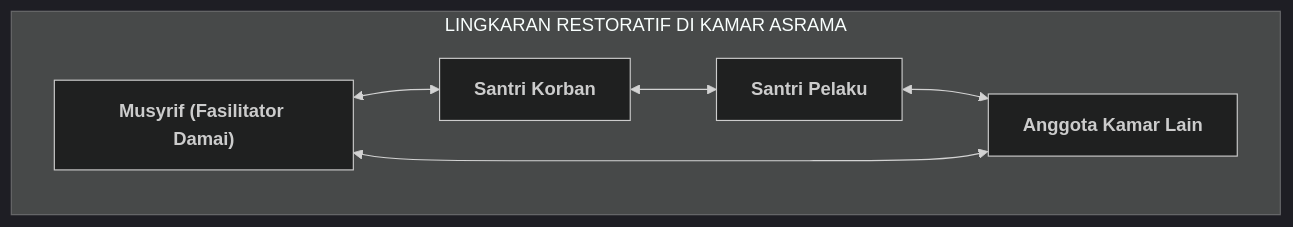
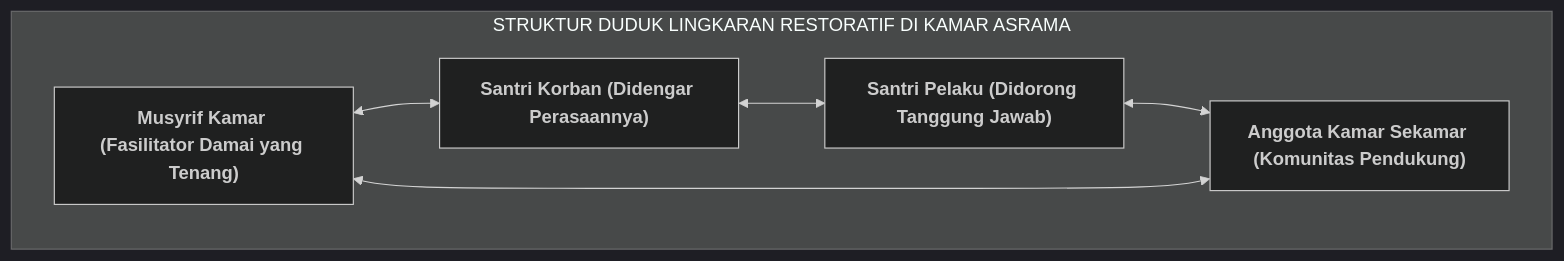
The diagram in BOOK Series 2/Volume-04-Intervensi-PBIS-dan-Disiplin-Restoratif/Bab-05-Disiplin-Restoratif-dan-Ishlah-3R/03-Fasilitasi-Lingkaran-Restoratif-Kamar.md (wandiapriliyandi/tumbuh), drawn with Mermaid (dark theme) before and after one commit. The commit also changed other lines of this file and 61 other files, not shown here.

````diff
--- a/BOOK Series 2/Volume-04-Intervensi-PBIS-dan-Disiplin-Restoratif/Bab-05-Disiplin-Restoratif-dan-Ishlah-3R/03-Fasilitasi-Lingkaran-Restoratif-Kamar.md
+++ b/BOOK Series 2/Volume-04-Intervensi-PBIS-dan-Disiplin-Restoratif/Bab-05-Disiplin-Restoratif-dan-Ishlah-3R/03-Fasilitasi-Lingkaran-Restoratif-Kamar.md
@@ -13,14 +13,14 @@
 ```mermaid
 flowchart TD
-    subgraph LingkaranAsrama["LINGKARAN RESTORATIF DI KAMAR ASRAMA"]
-        M["<b>Musyrif (Fasilitator Damai)</b>"]
-        K["<b>Santri Korban</b>"]
-        P["<b>Santri Pelaku</b>"]
-        A["<b>Anggota Kamar Lain</b>"]
+    subgraph ForumLingkaranRestoratif["STRUKTUR DUDUK LINGKARAN RESTORATIF DI KAMAR ASRAMA"]
+        M["<b>Musyrif Kamar (Fasilitator Damai yang Tenang)</b>"]
+        K["<b>Santri Korban (Didengar Perasaannya)</b>"]
+        P["<b>Santri Pelaku (Didorong Tanggung Jawab)</b>"]
+        A["<b>Anggota Kamar Sekamar (Komunitas Pendukung)</b>"]
 
         M <--> K
         K <--> P
         P <--> A
         A <--> M
     end
 ```
````
